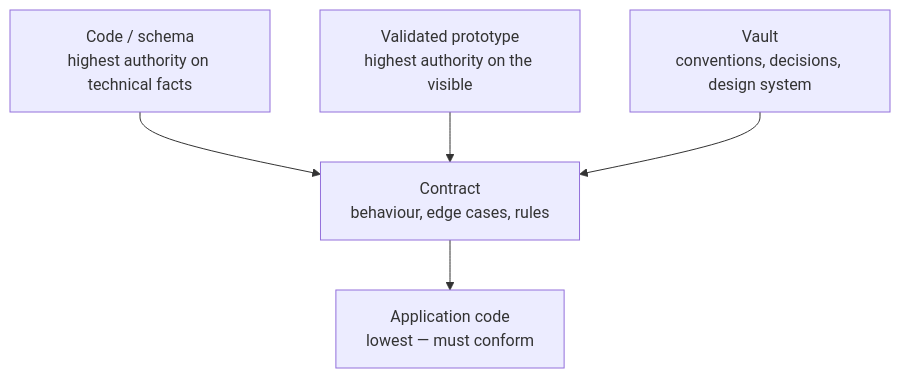
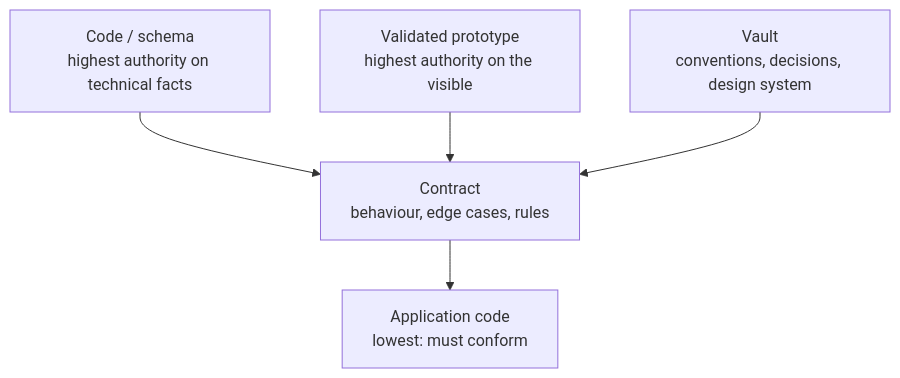
One commit to gabrielchinarro-pro/mainstay changed the second of 3 diagrams in docs/en/core/02-vault-and-sources-of-truth.md. Above: the diagram before and after it, drawn with Mermaid. The commit also changed other lines of this file and 86 other files, not shown here.

````diff
--- a/docs/en/core/02-vault-and-sources-of-truth.md
+++ b/docs/en/core/02-vault-and-sources-of-truth.md
@@ -126,12 +126,12 @@
 ```mermaid
 flowchart TD
     CODE["Code / schema\nhighest authority on technical facts"]
     PROTO["Validated prototype\nhighest authority on the visible"]
     CONTRACT["Contract\nbehaviour, edge cases, rules"]
     VAULT["Vault\nconventions, decisions, design system"]
-    APPCODE["Application code\nlowest — must conform"]
+    APPCODE["Application code\nlowest: must conform"]
     CODE --> CONTRACT
     PROTO --> CONTRACT
     VAULT --> CONTRACT
     CONTRACT --> APPCODE
 ```
````
